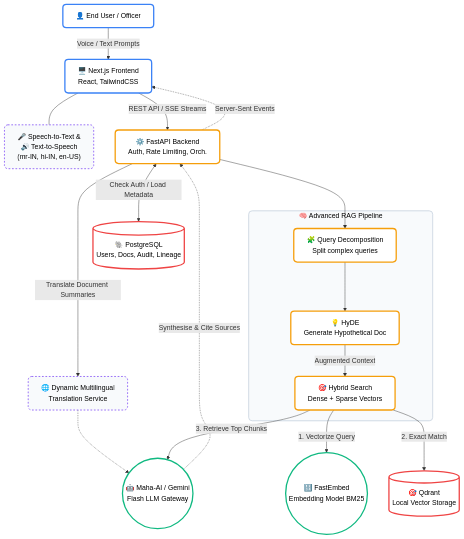
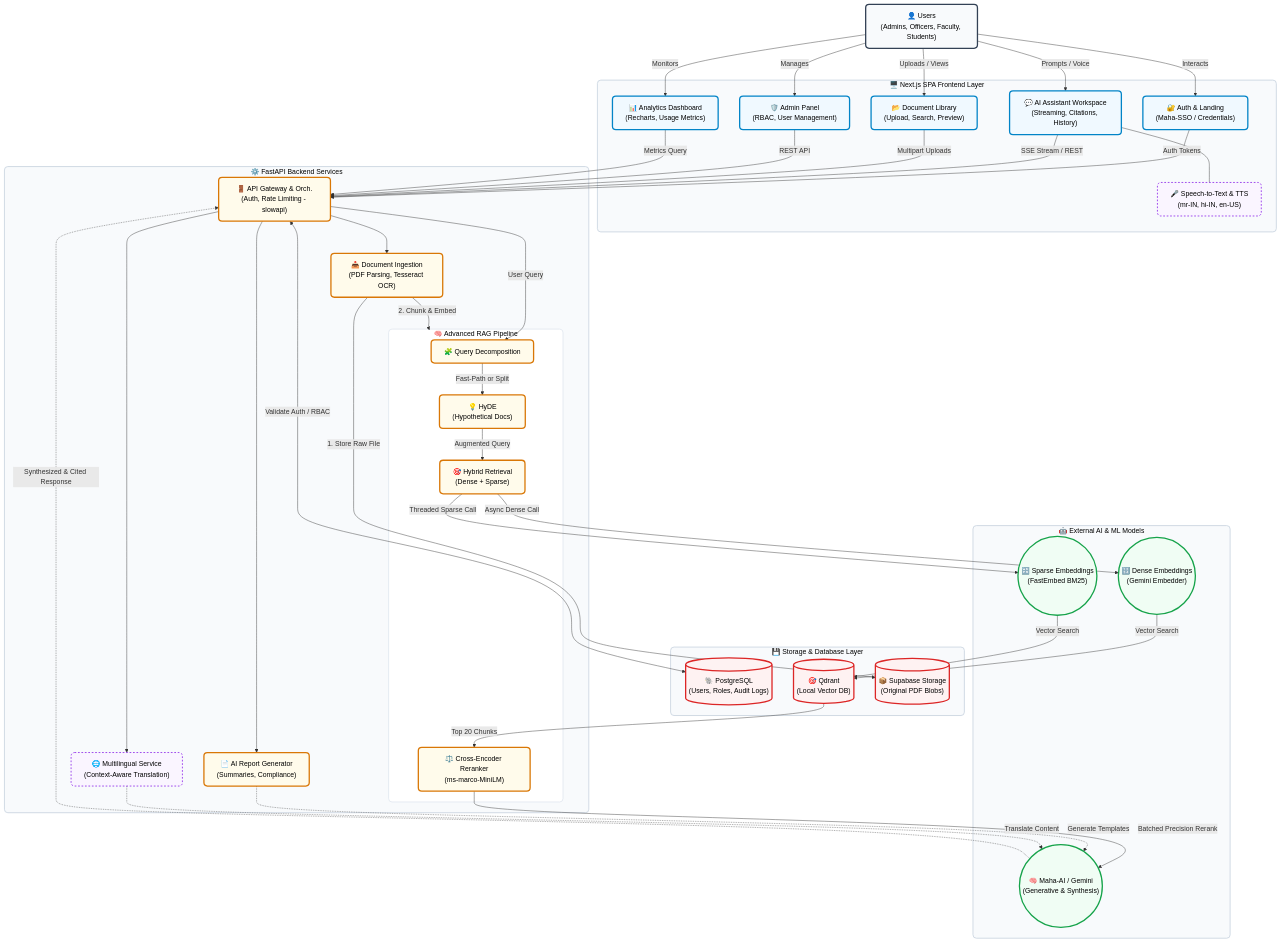
Before and after one commit to TanishParekh03/VJTI-AI-: the first of 2 diagrams in README.md, drawn with Mermaid.

Commit message:
readme changed

````diff
--- a/README.md
+++ b/README.md
@@ -25,54 +25,118 @@
 ```mermaid
 graph TD
-    %% Define Styles: White BG, Black Text, Colorful Strokes
+    %% Define Styles
     classDef default fill:#ffffff,stroke:#64748b,stroke-width:2px,color:#000000;
-    classDef client fill:#ffffff,stroke:#3b82f6,stroke-width:3px,color:#000000,rx:8px,ry:8px;
-    classDef backend fill:#ffffff,stroke:#f59e0b,stroke-width:3px,color:#000000,rx:8px,ry:8px;
-    classDef db fill:#ffffff,stroke:#ef4444,stroke-width:3px,color:#000000,rx:8px,ry:8px;
-    classDef ai fill:#ffffff,stroke:#10b981,stroke-width:3px,color:#000000,rx:8px,ry:8px;
-    classDef feature fill:#f8fafc,stroke:#8b5cf6,stroke-width:2px,stroke-dasharray: 4 4,color:#000000,rx:8px,ry:8px;
+    classDef user fill:#f8fafc,stroke:#334155,stroke-width:3px,color:#000000,rx:8px,ry:8px;
+    classDef client fill:#f0f9ff,stroke:#0284c7,stroke-width:3px,color:#000000,rx:8px,ry:8px;
+    classDef backend fill:#fffbeb,stroke:#d97706,stroke-width:3px,color:#000000,rx:8px,ry:8px;
+    classDef db fill:#fef2f2,stroke:#dc2626,stroke-width:3px,color:#000000,rx:8px,ry:8px;
+    classDef ai fill:#f0fdf4,stroke:#16a34a,stroke-width:3px,color:#000000,rx:8px,ry:8px;
+    classDef feature fill:#faf5ff,stroke:#9333ea,stroke-width:2px,stroke-dasharray: 4 4,color:#000000,rx:8px,ry:8px;
 
-    %% User & Client Layer
-    User["👤 End User / Officer"]:::client
-    UI["🖥️ Next.js Frontend\nReact, TailwindCSS"]:::client
-    Speech["🎤 Speech-to-Text &\n🔊 Text-to-Speech\n(mr-IN, hi-IN, en-US)"]:::feature
+    %% -----------------------------------------------------
+    %% 1. User Layer
+    %% -----------------------------------------------------
+    User["👤 Users\n(Admins, Officers, Faculty, Students)"]:::user
+
+    %% -----------------------------------------------------
+    %% 2. Frontend Layer (Next.js / React)
+    %% -----------------------------------------------------
+    subgraph Frontend [🖥️ Next.js SPA Frontend Layer]
+        style Frontend fill:#f8fafc,stroke:#cbd5e1,stroke-width:2px,color:#000000,rx:8px,ry:8px
+        
+        AuthUI["🔐 Auth & Landing\n(Maha-SSO / Credentials)"]:::client
+        ChatUI["💬 AI Assistant Workspace\n(Streaming, Citations, History)"]:::client
+        DocUI["📂 Document Library\n(Upload, Search, Preview)"]:::client
+        AdminUI["🛡️ Admin Panel\n(RBAC, User Management)"]:::client
+        AnalyticUI["📊 Analytics Dashboard\n(Recharts, Usage Metrics)"]:::client
+        
+        Speech["🎤 Speech-to-Text & TTS\n(mr-IN, hi-IN, en-US)"]:::feature
+    end
+
+    %% -----------------------------------------------------
+    %% 3. Backend Core (FastAPI)
+    %% -----------------------------------------------------
+    subgraph Backend [⚙️ FastAPI Backend Services]
+        style Backend fill:#f8fafc,stroke:#cbd5e1,stroke-width:2px,color:#000000,rx:8px,ry:8px
+        
+        API_Gate["🚪 API Gateway & Orch.\n(Auth, Rate Limiting - slowapi)"]:::backend
+        DocIngest["📥 Document Ingestion\n(PDF Parsing, Tesseract OCR)"]:::backend
+        ReportGen["📄 AI Report Generator\n(Summaries, Compliance)"]:::backend
+        Translate["🌐 Multilingual Service\n(Context-Aware Translation)"]:::feature
+        
+        subgraph RAG_Pipeline [🧠 Advanced RAG Pipeline]
+            style RAG_Pipeline fill:#ffffff,stroke:#e2e8f0,stroke-width:2px,color:#000000,rx:8px,ry:8px
+            Decomp["🧩 Query Decomposition"]:::backend
+            HyDE["💡 HyDE\n(Hypothetical Docs)"]:::backend
+            Hybrid["🎯 Hybrid Retrieval\n(Dense + Sparse)"]:::backend
+            Rerank["⚖️ Cross-Encoder Reranker\n(ms-marco-MiniLM)"]:::backend
+        end
+    end
+
+    %% -----------------------------------------------------
+    %% 4. AI & ML Models Layer
+    %% -----------------------------------------------------
+    subgraph AI_Models [🤖 External AI & ML Models]
+        style AI_Models fill:#f8fafc,stroke:#cbd5e1,stroke-width:2px,color:#000000,rx:8px,ry:8px
+        
+        LLM(("🧠 Maha-AI / Gemini\n(Generative & Synthesis)")):::ai
+        EmbDense(("🔢 Dense Embeddings\n(Gemini Embedder)")):::ai
+        EmbSparse(("🔠 Sparse Embeddings\n(FastEmbed BM25)")):::ai
+    end
+
+    %% -----------------------------------------------------
+    %% 5. Data & Storage Layer
+    %% -----------------------------------------------------
+    subgraph Storage [💾 Storage & Database Layer]
+        style Storage fill:#f8fafc,stroke:#cbd5e1,stroke-width:2px,color:#000000,rx:8px,ry:8px
+        
+        PG[("🐘 PostgreSQL\n(Users, Roles, Audit Logs)")]:::db
+        QD[("🎯 Qdrant\n(Local Vector DB)")]:::db
+        Supa[("📦 Supabase Storage\n(Original PDF Blobs)")]:::db
+    end
+
+    %% =====================================================
+    %% Connections & Flow
+    %% =====================================================
     
-    %% Backend Orchestration
-    API["⚙️ FastAPI Backend\nAuth, Rate Limiting, Orch."]:::backend
-    Trans["🌐 Dynamic Multilingual\nTranslation Service"]:::feature
+    %% User to Frontend
+    User -->|Interacts| AuthUI
+    User -->|Prompts / Voice| ChatUI
+    User -->|Uploads / Views| DocUI
+    User -->|Manages| AdminUI
+    User -->|Monitors| AnalyticUI
     
-    subgraph RAG_Pipeline [🧠 Advanced RAG Pipeline]
-        style RAG_Pipeline fill:#f8fafc,stroke:#cbd5e1,stroke-width:2px,color:#000000,rx:8px,ry:8px
-        Decomp["🧩 Query Decomposition\nSplit complex queries"]:::backend
-        HyDE["💡 HyDE\nGenerate Hypothetical Doc"]:::backend
-        Hybrid["🎯 Hybrid Search\nDense + Sparse Vectors"]:::backend
-    end
+    ChatUI --- Speech
     
-    %% Databases
-    PG[("🐘 PostgreSQL\nUsers, Docs, Audit, Lineage")]:::db
-    QD[("🎯 Qdrant\nLocal Vector Storage")]:::db
+    %% Frontend to Backend
+    AuthUI -->|Auth Tokens| API_Gate
+    ChatUI -->|SSE Stream / REST| API_Gate
+    DocUI -->|Multipart Uploads| API_Gate
+    AdminUI -->|REST API| API_Gate
+    AnalyticUI -->|Metrics Query| API_Gate
     
-    %% AI Models
-    LLM(("🤖 Maha-AI / Gemini\nFlash LLM Gateway")):::ai
-    Emb(("🔢 FastEmbed\nEmbedding Model BM25")):::ai
-
-    %% Connections
-    User -->|Voice / Text Prompts| UI
-    UI --- Speech
-    UI -->|REST API / SSE Streams| API
+    %% Backend Core Interconnectivity
+    API_Gate <-->|Validate Auth / RBAC| PG
+    API_Gate --> DocIngest
+    API_Gate --> ReportGen
+    API_Gate --> Translate
     
-    API <-->|Check Auth / Load Metadata| PG
-    API -->|Translate Document Summaries| Trans
-    Trans -.-> LLM
+    DocIngest -->|1. Store Raw File| Supa
+    DocIngest -->|2. Chunk & Embed| RAG_Pipeline
     
-    API --> Decomp
-    Decomp --> HyDE
-    HyDE -->|Augmented Context| Hybrid
+    %% RAG Pipeline Flow
+    API_Gate -->|User Query| Decomp
+    Decomp -->|Fast-Path or Split| HyDE
+    HyDE -->|Augmented Query| Hybrid
     
-    Hybrid -->|1. Vectorize Query| Emb
-    Hybrid -->|2. Exact Match| QD
-    Hybrid -->|3. Retrieve Top Chunks| LLM
+    Hybrid -->|Async Dense Call| EmbDense
+    Hybrid -->|Threaded Sparse Call| EmbSparse
     
-    LLM -.->|Synthesise & Cite Sources| API
-    API -.->|Server-Sent Events| UI
+    EmbDense & EmbSparse -->|Vector Search| QD
+    QD -->|Top 20 Chunks| Rerank
+    Rerank -->|Batched Precision Rerank| LLM
+    
+    LLM -.->|Synthesized & Cited Response| API_Gate
+    ReportGen -.->|Generate Templates| LLM
+    Translate -.->|Translate Content| LLM
 ```
````
